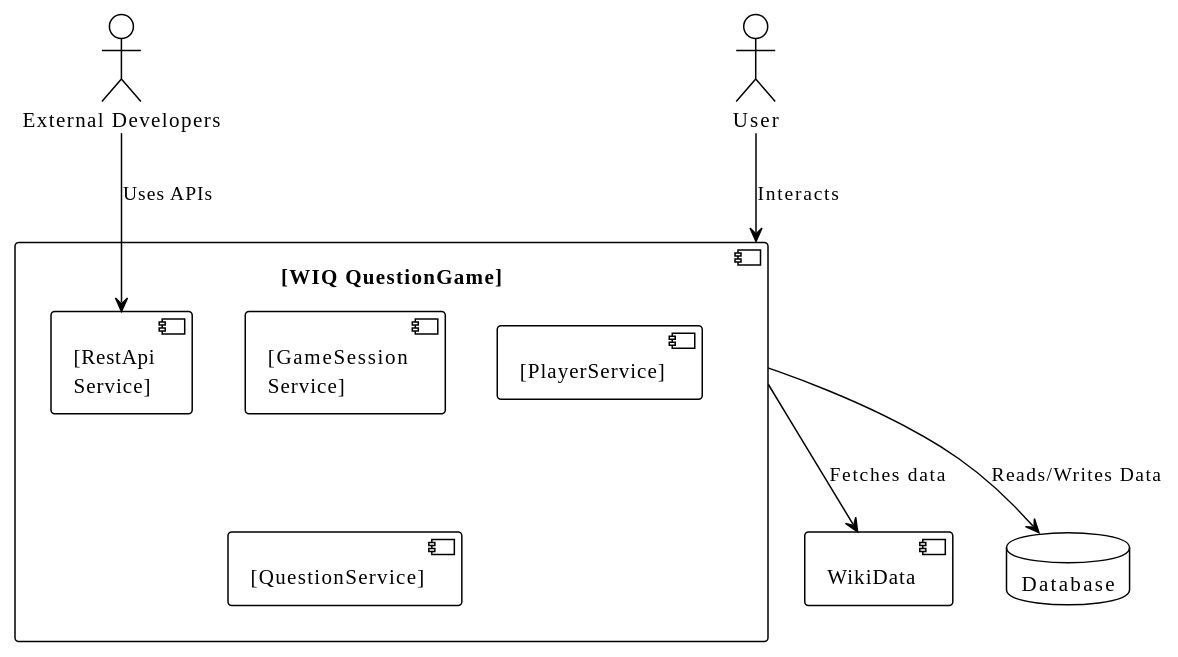
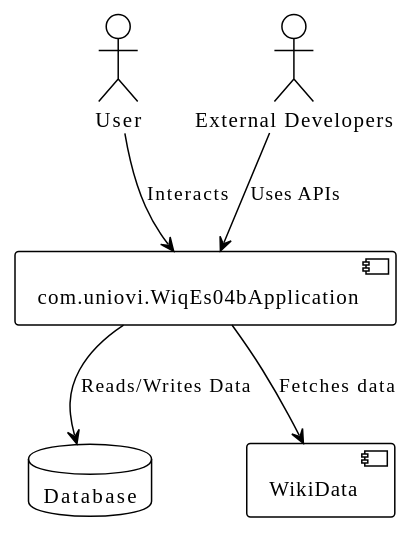
One commit to Arquisoft/wiq_es04b changed the first of 3 diagrams in docs/src/05_building_block_view.adoc. Above: the diagram before and after it, drawn with PlantUML. The commit also changed other lines of this file and 1 other file, not shown here.

```diff
--- a/docs/src/05_building_block_view.adoc
+++ b/docs/src/05_building_block_view.adoc
@@ -13,23 +13,20 @@
 [plantuml,"Whitebox-overall",png]
 ----
 @startuml
 !theme plain
 
 actor User
 actor "External Developers" as Dev
-component "[WIQ QuestionGame]" as WIQ {
-  component "[GameSession\nService]" as Logic
-  component "[PlayerService]" as UserMgmt
-  component "[QuestionService]" as QuestMgmt
-  component "[RestApi\nService]" as APIMgmt
+component "com.uniovi.WiqEs04bApplication" as WIQ {
+
 }
 database "Database" as DB
 [WikiData] as WikiData
 
 User --> WIQ : Interacts
 WIQ --> WikiData : Fetches data
 WIQ --> DB : Reads/Writes Data
-Dev --> APIMgmt : Uses APIs
+Dev --> WIQ : Uses APIs
 
 @enduml
 ----
```
